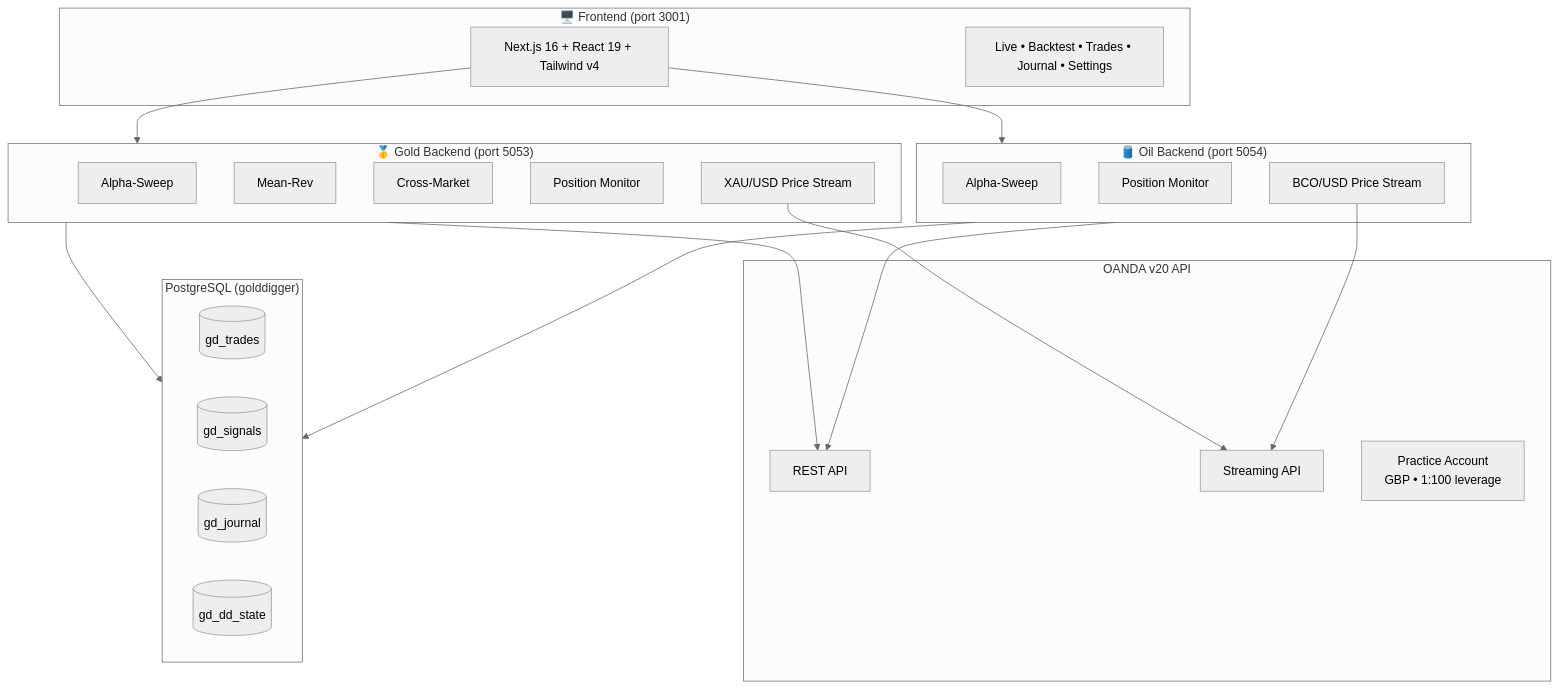
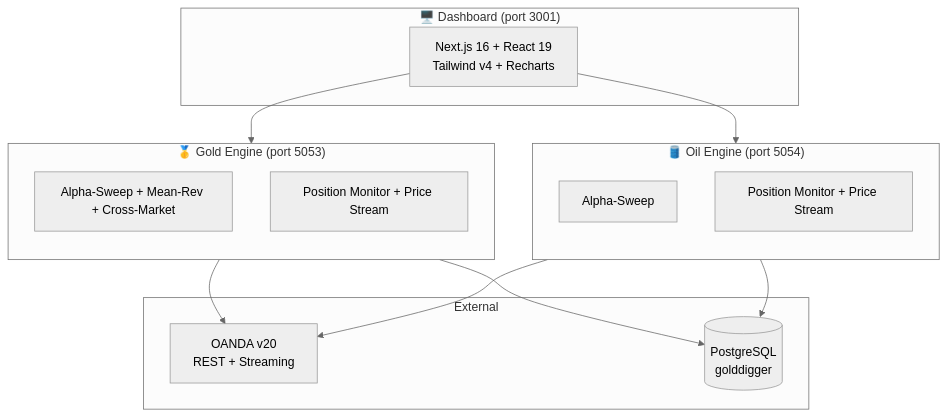
The diagram in README.md (SubashMourougayane/hand-of-midas), drawn with Mermaid (neutral theme) before and after one commit. The commit also changed other lines of this file and 1 other file, not shown here.

````diff
--- a/README.md
+++ b/README.md
@@ -82,43 +201,30 @@
 ```mermaid
 graph TB
-    subgraph Frontend["🖥️ Frontend (port 3001)"]
-        UI[Next.js 16 + React 19 + Tailwind v4]
-        Pages[Live • Backtest • Trades • Journal • Settings]
+    subgraph Frontend["🖥️ Dashboard (port 3001)"]
+        UI["Next.js 16 + React 19<br/>Tailwind v4 + Recharts"]
     end
 
-    subgraph Gold["🥇 Gold Backend (port 5053)"]
-        GS[Alpha-Sweep]
-        GM[Mean-Rev]
-        GC[Cross-Market]
-        GP[Position Monitor]
-        GStream[XAU/USD Price Stream]
+    subgraph Gold["🥇 Gold Engine (port 5053)"]
+        direction TB
+        GS["Alpha-Sweep + Mean-Rev + Cross-Market"]
+        GP["Position Monitor + Price Stream"]
     end
 
-    subgraph Oil["🛢️ Oil Backend (port 5054)"]
-        OS[Alpha-Sweep]
-        OP[Position Monitor]
-        OStream[BCO/USD Price Stream]
+    subgraph Oil["🛢️ Oil Engine (port 5054)"]
+        direction TB
+        OS["Alpha-Sweep"]
+        OP["Position Monitor + Price Stream"]
     end
 
-    subgraph OANDA["OANDA v20 API"]
-        REST[REST API]
-        Stream[Streaming API]
-        Account[Practice Account<br/>GBP • 1:100 leverage]
-    end
-
-    subgraph DB["PostgreSQL (golddigger)"]
-        Trades[(gd_trades)]
-        Signals[(gd_signals)]
-        Journal[(gd_journal)]
-        DD[(gd_dd_state)]
+    subgraph External
+        OANDA["OANDA v20<br/>REST + Streaming"]
+        DB[("PostgreSQL<br/>golddigger")]
     end
 
     UI --> Gold
     UI --> Oil
-    Gold --> REST
-    Oil --> REST
-    GStream --> Stream
-    OStream --> Stream
+    Gold --> OANDA
+    Oil --> OANDA
     Gold --> DB
     Oil --> DB
 ```
````
